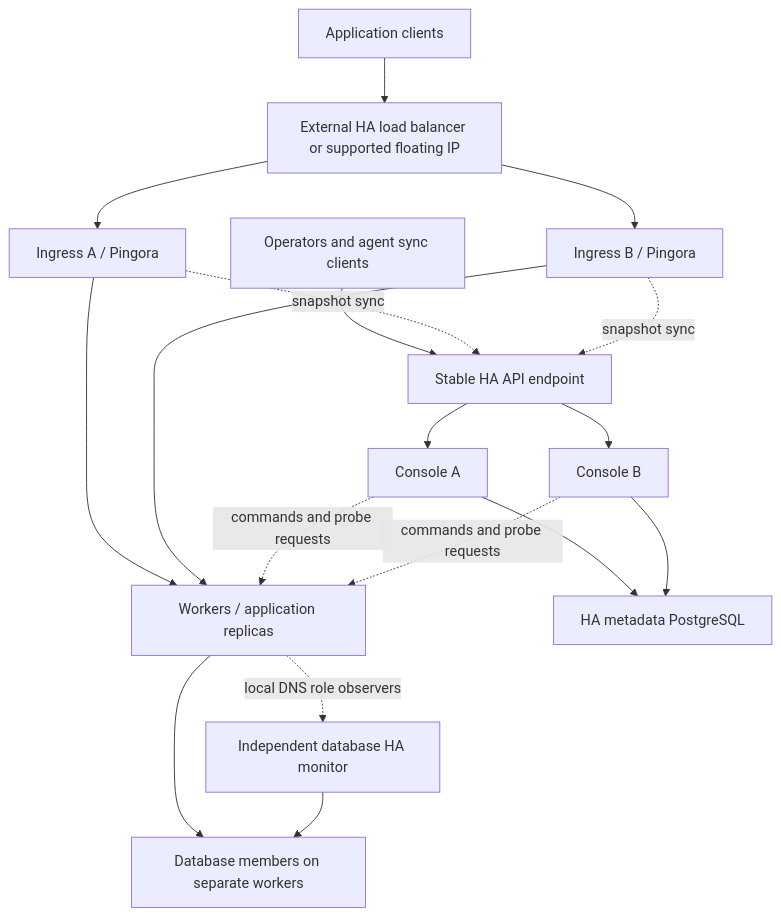
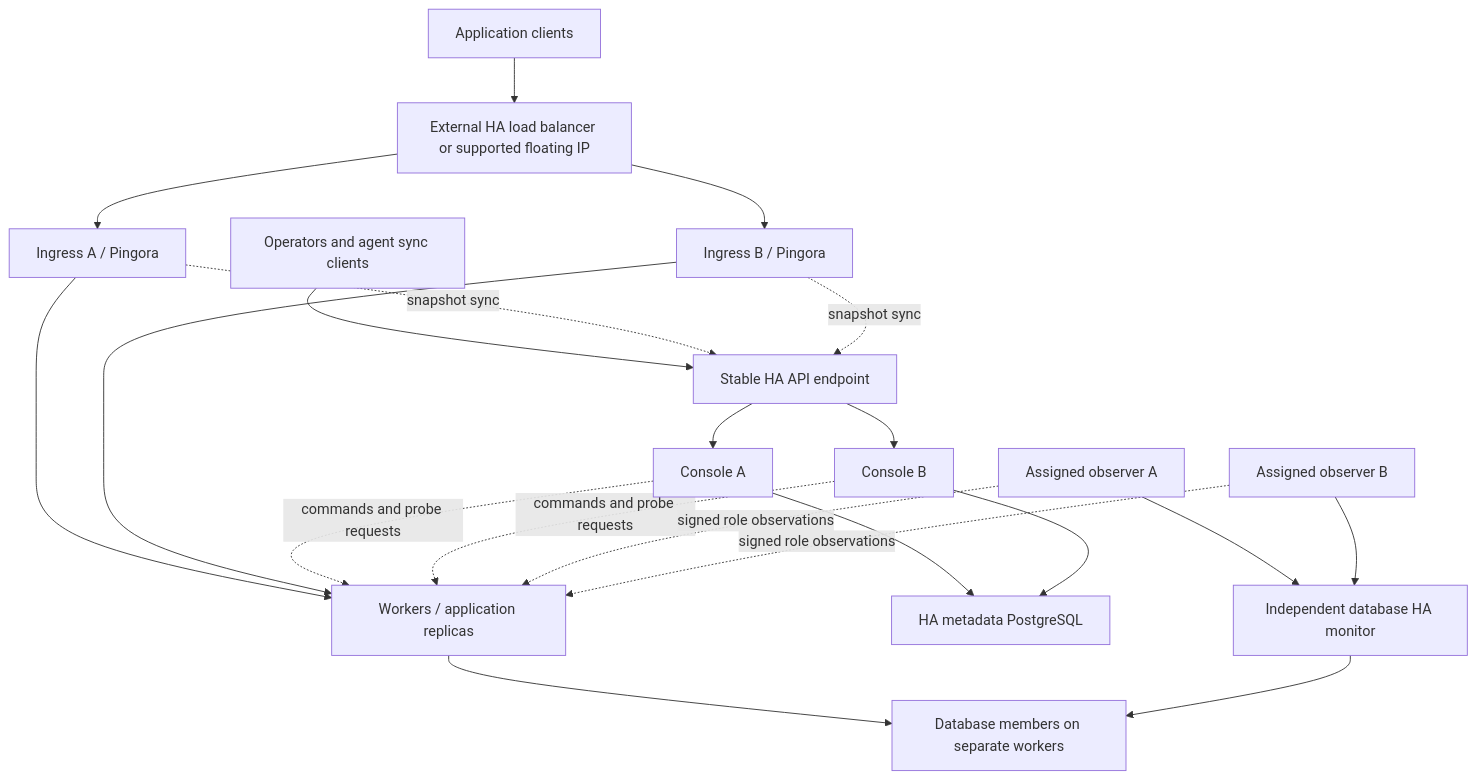
Before and after one commit to gotempsh/temps: the diagram in docs/adr/045-multi-node-control-plane-and-ingress-ha.md, drawn with Mermaid. The commit also changed other lines of this file, not shown here.

Commit message:
docs(architecture): define role observation transport

````diff
--- a/docs/adr/045-multi-node-control-plane-and-ingress-ha.md
+++ b/docs/adr/045-multi-node-control-plane-and-ingress-ha.md
@@ -48,20 +48,23 @@
 ```mermaid
 flowchart TB
     Users[Application clients] --> Public[External HA load balancer or supported floating IP]
     Public --> EdgeA[Ingress A / Pingora]
     Public --> EdgeB[Ingress B / Pingora]
     EdgeA --> Workers[Workers / application replicas]
     EdgeB --> Workers
     Operators[Operators and agent sync clients] --> API[Stable HA API endpoint]
     API --> CPA[Console A]
     API --> CPB[Console B]
     CPA --> Meta[HA metadata PostgreSQL]
     CPB --> Meta
     CPA -. commands and probe requests .-> Workers
     CPB -. commands and probe requests .-> Workers
     EdgeA -. snapshot sync .-> API
     EdgeB -. snapshot sync .-> API
     Workers --> Databases[Database members on separate workers]
-    Workers -. local DNS role observers .-> Monitor[Independent database HA monitor]
+    ObserverA[Assigned observer A] --> Monitor[Independent database HA monitor]
+    ObserverB[Assigned observer B] --> Monitor
+    ObserverA -. signed role observations .-> Workers
+    ObserverB -. signed role observations .-> Workers
     Monitor --> Databases
 ```
````
